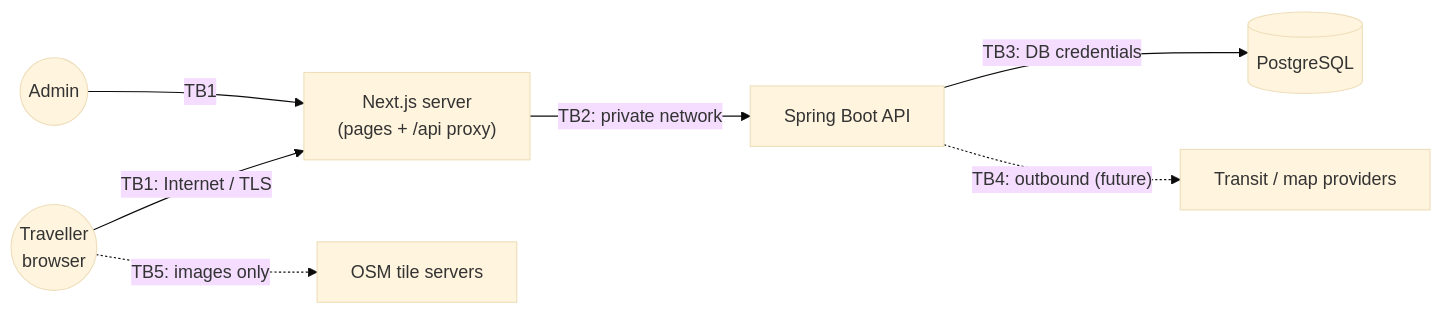
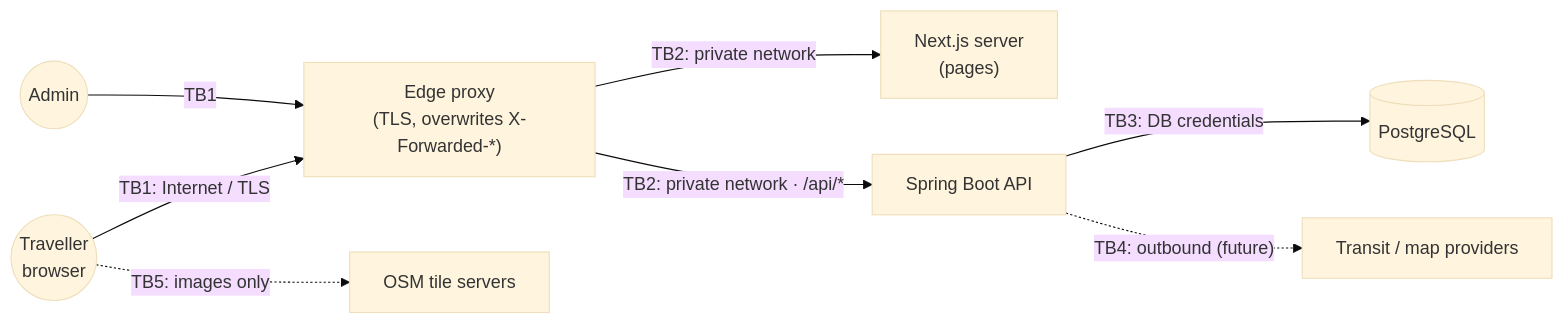
One commit to coderremarks/japan-travel-planner changed the diagram in docs/threat-model.md. Above: the diagram before and after it, drawn with Mermaid (base theme). The commit also changed other lines of this file and 17 other files, not shown here.

````diff
--- a/docs/threat-model.md
+++ b/docs/threat-model.md
@@ -20,9 +24,10 @@
 ```mermaid
 flowchart LR
-  U((Traveller<br/>browser)) -- "TB1: Internet / TLS" --> N["Next.js server<br/>(pages + /api proxy)"]
-  N -- "TB2: private network" --> A["Spring Boot API"]
+  U((Traveller<br/>browser)) -- "TB1: Internet / TLS" --> E["Edge proxy<br/>(TLS, overwrites X-Forwarded-*)"]
+  E -- "TB2: private network" --> N["Next.js server<br/>(pages)"]
+  E -- "TB2: private network · /api/*" --> A["Spring Boot API"]
   A -- "TB3: DB credentials" --> D[("PostgreSQL")]
   A -. "TB4: outbound (future)" .-> P["Transit / map providers"]
   U -. "TB5: images only" .-> T["OSM tile servers"]
-  Adm((Admin)) -- TB1 --> N
+  Adm((Admin)) -- TB1 --> E
 ```
````
